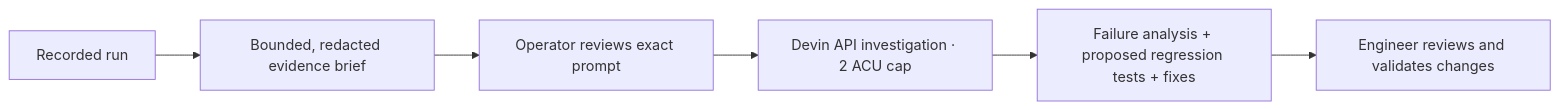
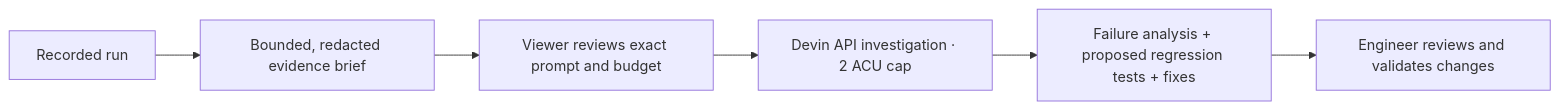
The second of 2 diagrams in README.md (Kepard/42hackathon), drawn with Mermaid before and after one commit. The commit also changed other lines of this file and 17 other files, not shown here.

````diff
--- a/README.md
+++ b/README.md
@@ -187,8 +187,8 @@
 ```mermaid
 flowchart LR
     R[Recorded run] --> B[Bounded, redacted evidence brief]
-    B --> V[Operator reviews exact prompt]
+    B --> V[Viewer reviews exact prompt and budget]
     V --> D[Devin API investigation · 2 ACU cap]
     D --> F[Failure analysis + proposed regression tests + fixes]
     F --> E[Engineer reviews and validates changes]
 ```
````
